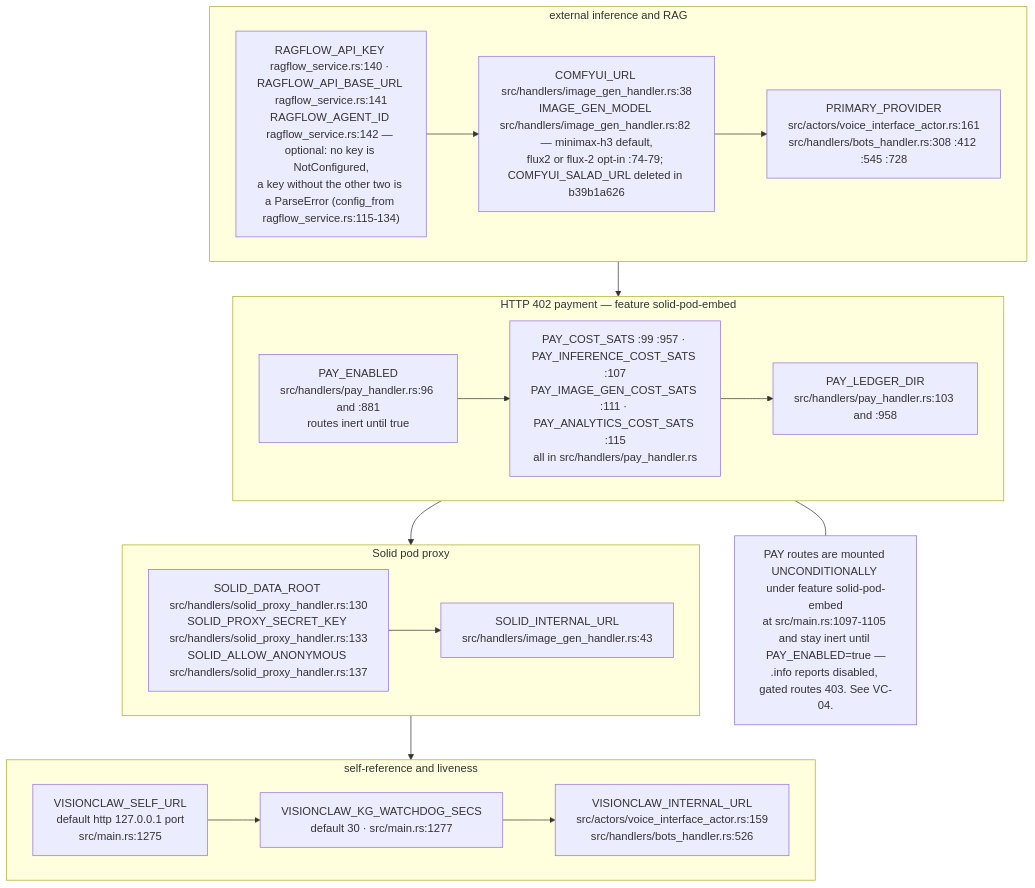
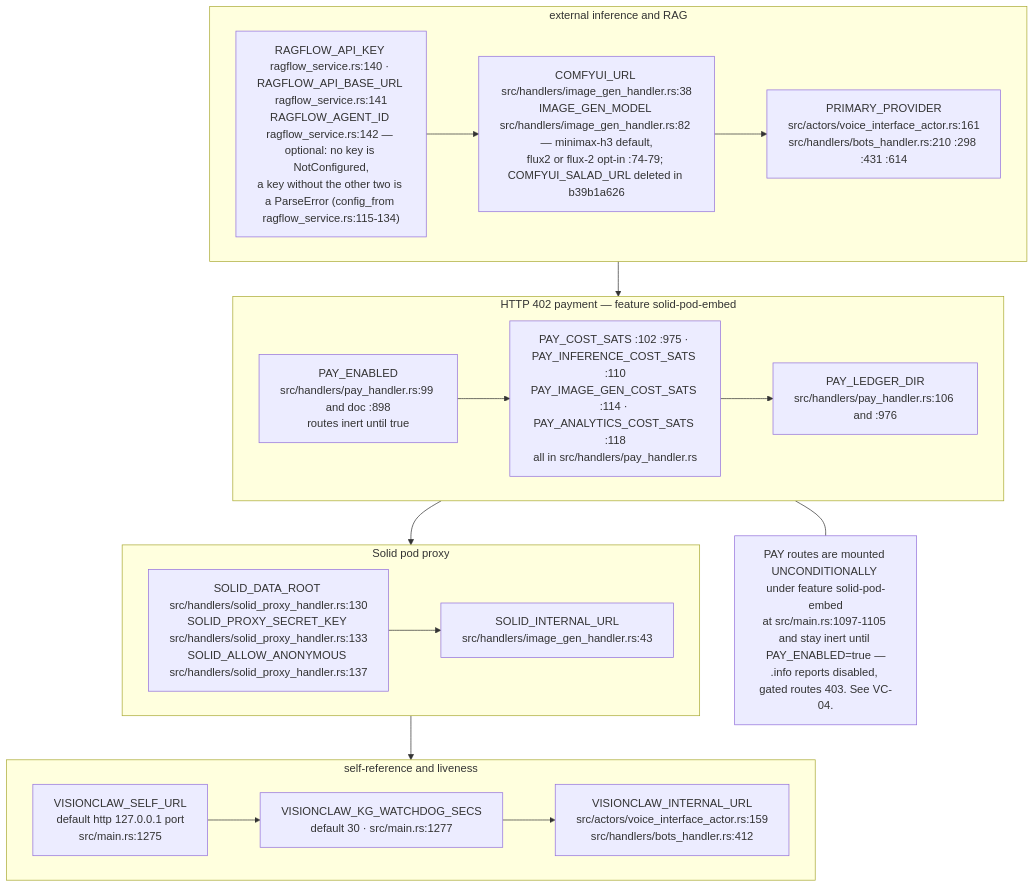
Diagram 13 of 16 in docs/diagrams/visionclaw/09-config-and-env-flags.md (DreamLab-AI/VisionFlow), drawn with Mermaid before and after one commit. The commit also changed other lines of this file and 173 other files, not shown here.

````diff
--- a/docs/diagrams/visionclaw/09-config-and-env-flags.md
+++ b/docs/diagrams/visionclaw/09-config-and-env-flags.md
@@ -501,18 +503,18 @@
 ```mermaid
 flowchart TB
     subgraph EXT["external inference and RAG"]
-        X1["RAGFLOW_API_KEY ragflow_service.rs:140 · RAGFLOW_API_BASE_URL ragflow_service.rs:141<br/>RAGFLOW_AGENT_ID ragflow_service.rs:142 — optional: no key is NotConfigured,<br/>a key without the other two is a ParseError (config_from ragflow_service.rs:115-134)"] --> X2["COMFYUI_URL src/handlers/image_gen_handler.rs:38<br/>IMAGE_GEN_MODEL src/handlers/image_gen_handler.rs:82 — minimax-h3 default,<br/>flux2 or flux-2 opt-in :74-79; COMFYUI_SALAD_URL deleted in b39b1a626"] --> X3["PRIMARY_PROVIDER<br/>src/actors/voice_interface_actor.rs:161<br/>src/handlers/bots_handler.rs:308 :412 :545 :728"]
+        X1["RAGFLOW_API_KEY ragflow_service.rs:140 · RAGFLOW_API_BASE_URL ragflow_service.rs:141<br/>RAGFLOW_AGENT_ID ragflow_service.rs:142 — optional: no key is NotConfigured,<br/>a key without the other two is a ParseError (config_from ragflow_service.rs:115-134)"] --> X2["COMFYUI_URL src/handlers/image_gen_handler.rs:38<br/>IMAGE_GEN_MODEL src/handlers/image_gen_handler.rs:82 — minimax-h3 default,<br/>flux2 or flux-2 opt-in :74-79; COMFYUI_SALAD_URL deleted in b39b1a626"] --> X3["PRIMARY_PROVIDER<br/>src/actors/voice_interface_actor.rs:161<br/>src/handlers/bots_handler.rs:210 :298 :431 :614"]
     end
     subgraph PAY["HTTP 402 payment — feature solid-pod-embed"]
-        P1["PAY_ENABLED<br/>src/handlers/pay_handler.rs:96 and :881<br/>routes inert until true"] --> P2["PAY_COST_SATS :99 :957 · PAY_INFERENCE_COST_SATS :107<br/>PAY_IMAGE_GEN_COST_SATS :111 · PAY_ANALYTICS_COST_SATS :115<br/>all in src/handlers/pay_handler.rs"] --> P3["PAY_LEDGER_DIR<br/>src/handlers/pay_handler.rs:103 and :958"]
+        P1["PAY_ENABLED<br/>src/handlers/pay_handler.rs:99 and doc :898<br/>routes inert until true"] --> P2["PAY_COST_SATS :102 :975 · PAY_INFERENCE_COST_SATS :110<br/>PAY_IMAGE_GEN_COST_SATS :114 · PAY_ANALYTICS_COST_SATS :118<br/>all in src/handlers/pay_handler.rs"] --> P3["PAY_LEDGER_DIR<br/>src/handlers/pay_handler.rs:106 and :976"]
     end
     subgraph SOLID["Solid pod proxy"]
         O1["SOLID_DATA_ROOT src/handlers/solid_proxy_handler.rs:130<br/>SOLID_PROXY_SECRET_KEY src/handlers/solid_proxy_handler.rs:133<br/>SOLID_ALLOW_ANONYMOUS src/handlers/solid_proxy_handler.rs:137"] --> O2["SOLID_INTERNAL_URL<br/>src/handlers/image_gen_handler.rs:43"]
     end
     subgraph SELF["self-reference and liveness"]
-        F1["VISIONCLAW_SELF_URL<br/>default http 127.0.0.1 port<br/>src/main.rs:1275"] --> F2["VISIONCLAW_KG_WATCHDOG_SECS<br/>default 30 · src/main.rs:1277"] --> F3["VISIONCLAW_INTERNAL_URL<br/>src/actors/voice_interface_actor.rs:159<br/>src/handlers/bots_handler.rs:526"]
+        F1["VISIONCLAW_SELF_URL<br/>default http 127.0.0.1 port<br/>src/main.rs:1275"] --> F2["VISIONCLAW_KG_WATCHDOG_SECS<br/>default 30 · src/main.rs:1277"] --> F3["VISIONCLAW_INTERNAL_URL<br/>src/actors/voice_interface_actor.rs:159<br/>src/handlers/bots_handler.rs:412"]
     end
     EXT --> PAY --> SOLID --> SELF
     N5["PAY routes are mounted UNCONDITIONALLY under feature solid-pod-embed<br/>at src/main.rs:1097-1105 and stay inert until PAY_ENABLED=true —<br/>.info reports disabled, gated routes 403. See VC-04."]
     PAY --- N5
 ```
````
